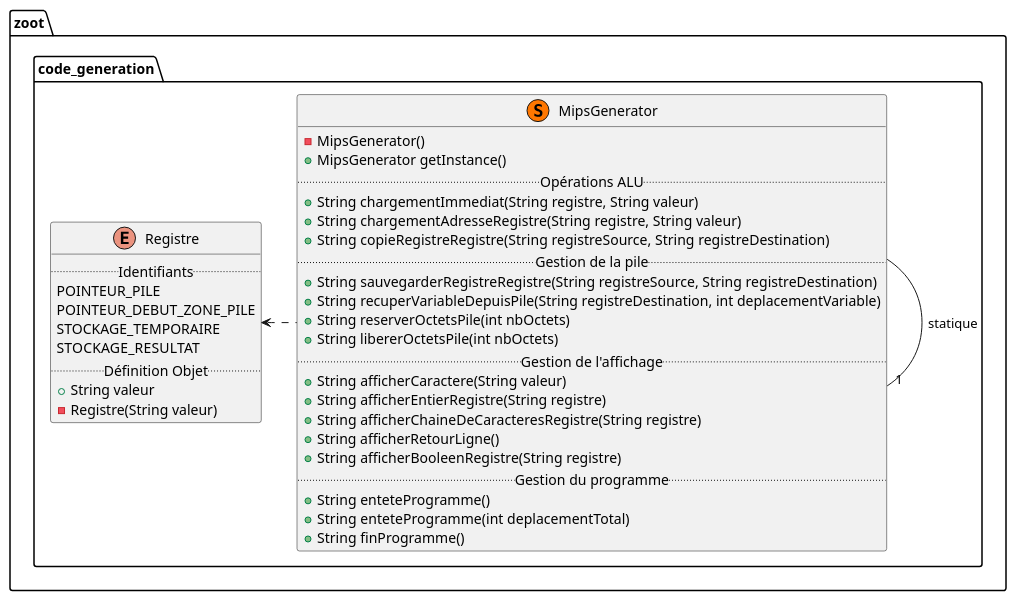
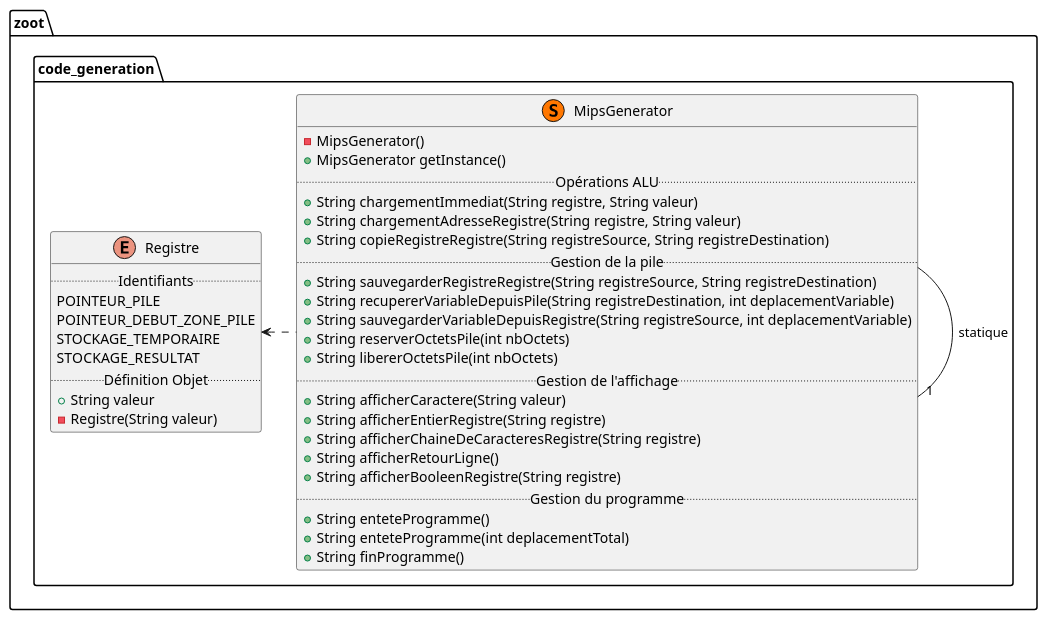
One commit to lmtb06/zoot changed the diagram in diagrammes/classe/code_generation.puml. Above: the diagram before and after it, drawn with PlantUML. The commit also changed 7 other files, not shown here.

```diff
--- a/diagrammes/classe/code_generation.puml
+++ b/diagrammes/classe/code_generation.puml
@@ -1,47 +1,48 @@
 @startuml "Package code_generation"
 
 namespace zoot.code_generation {
     ' Includes
     ' Classes
     enum Registre{
         .. Identifiants ..
         POINTEUR_PILE
         POINTEUR_DEBUT_ZONE_PILE
         STOCKAGE_TEMPORAIRE
         STOCKAGE_RESULTAT
         .. Définition Objet ..
         + String valeur
         - Registre(String valeur)
     }
 
     class MipsGenerator << (S,#FF7700) >> {
         - MipsGenerator()
         + MipsGenerator getInstance()
         .. Opérations ALU ..
         + String chargementImmediat(String registre, String valeur)
         + String chargementAdresseRegistre(String registre, String valeur)
         + String copieRegistreRegistre(String registreSource, String registreDestination)
         .. Gestion de la pile ..
         ' + String sauvegarderRegistreDansPile(String registreSource) '
         + String sauvegarderRegistreRegistre(String registreSource, String registreDestination)
-        + String recuperVariableDepuisPile(String registreDestination, int deplacementVariable)
+        + String recupererVariableDepuisPile(String registreDestination, int deplacementVariable)
+        + String sauvegarderVariableDepuisRegistre(String registreSource, int deplacementVariable)
         + String reserverOctetsPile(int nbOctets)
         + String libererOctetsPile(int nbOctets)
         .. Gestion de l'affichage ..
         + String afficherCaractere(String valeur)
         + String afficherEntierRegistre(String registre)
         + String afficherChaineDeCaracteresRegistre(String registre)
         + String afficherRetourLigne()
         + String afficherBooleenRegistre(String registre)
         .. Gestion du programme ..
         + String enteteProgramme()
         + String enteteProgramme(int deplacementTotal)
         + String finProgramme()
     }
 
     ' Relations entre les classes
     MipsGenerator -right-"1" MipsGenerator : statique
     MipsGenerator .left.> Registre
 
 }
 @enduml
```
